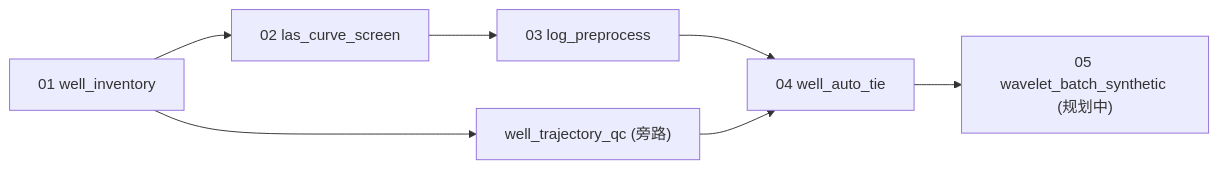
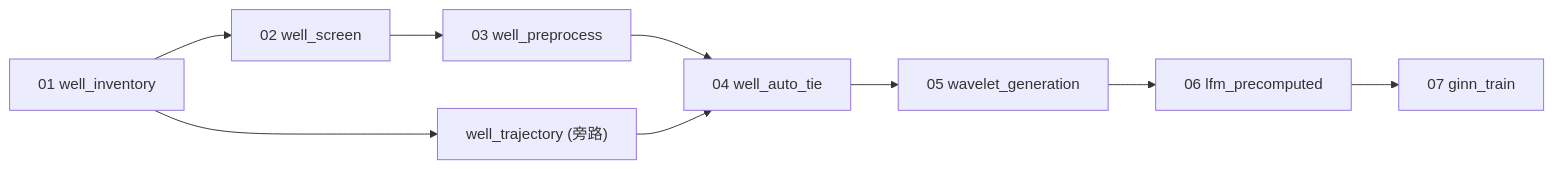
The diagram in docs/concepts/time-domain-workflow.md (oimero/inversion_workflow), drawn with Mermaid before and after one commit. The commit also changed other lines of this file and 19 other files, not shown here.

````diff
--- a/docs/concepts/time-domain-workflow.md
+++ b/docs/concepts/time-domain-workflow.md
@@ -25,9 +27,11 @@
 ```mermaid
 flowchart LR
-  A["01 well_inventory"] --> B["02 las_curve_screen"]
-  B --> C["03 log_preprocess"]
+  A["01 well_inventory"] --> B["02 well_screen"]
+  B --> C["03 well_preprocess"]
   C --> D["04 well_auto_tie"]
-  D --> E["05 wavelet_batch_synthetic (规划中)"]
-  A --> T["well_trajectory_qc (旁路)"]
+  D --> E["05 wavelet_generation"]
+  E --> F["06 lfm_precomputed"]
+  F --> G["07 ginn_train"]
+  A --> T["well_trajectory (旁路)"]
   T --> D
 ```
````
